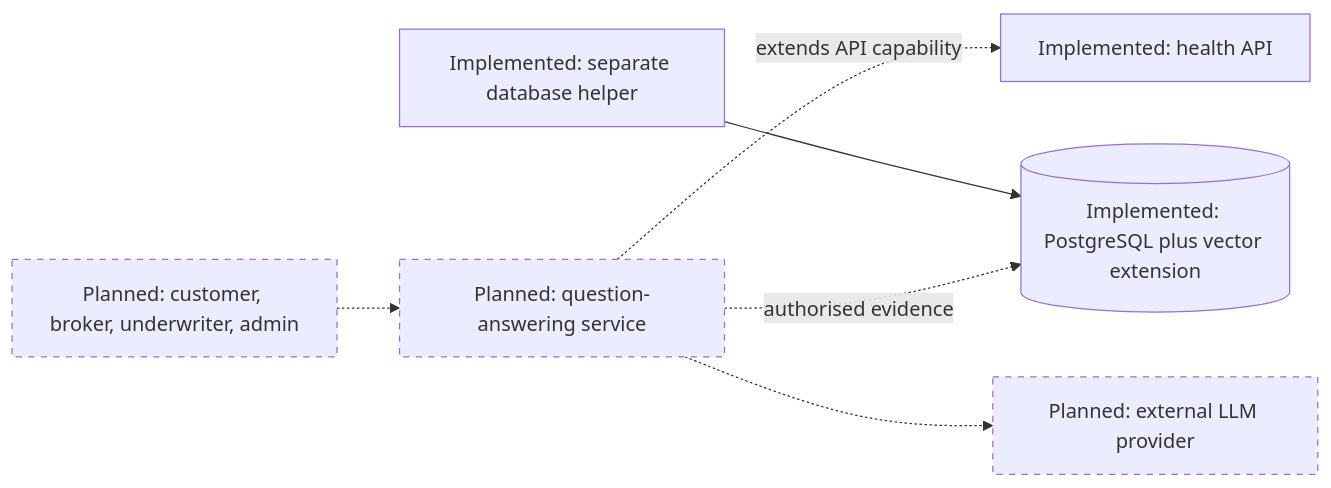
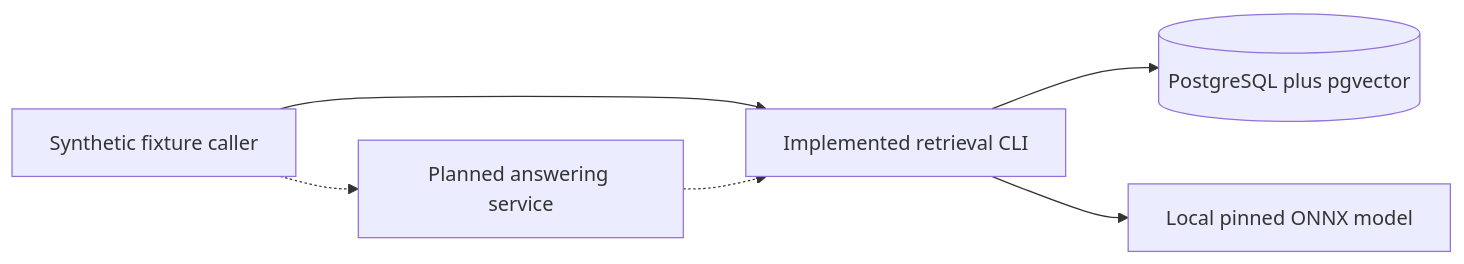
One commit to venkatakgonela/rag-audit-demo changed the first of 6 diagrams in docs/ARCHITECTURE.md. Above: the diagram before and after it, drawn with Mermaid. The commit also changed other lines of this file and 12 other files, not shown here.

````diff
--- a/docs/ARCHITECTURE.md
+++ b/docs/ARCHITECTURE.md
@@ -24,16 +18,8 @@
 ```mermaid
 flowchart LR
-    users["Planned: customer, broker, underwriter, admin"]
-    service["Implemented: health API"]
-    helper["Implemented: separate database helper"]
-    qa["Planned: question-answering service"]
-    db[("Implemented: PostgreSQL plus vector extension")]
-    model["Planned: external LLM provider"]
-    helper --> db
-    users -.-> qa
-    qa -.->|extends API capability| service
-    qa -.->|authorised evidence| db
-    qa -.-> model
-    classDef planned stroke-dasharray: 5 5;
-    class users,qa,model planned;
+    user["Synthetic fixture caller"] --> cli["Implemented retrieval CLI"]
+    cli --> db[("PostgreSQL plus pgvector")]
+    cli --> model["Local pinned ONNX model"]
+    user -.-> answer["Planned answering service"]
+    answer -.-> cli
 ```
````
